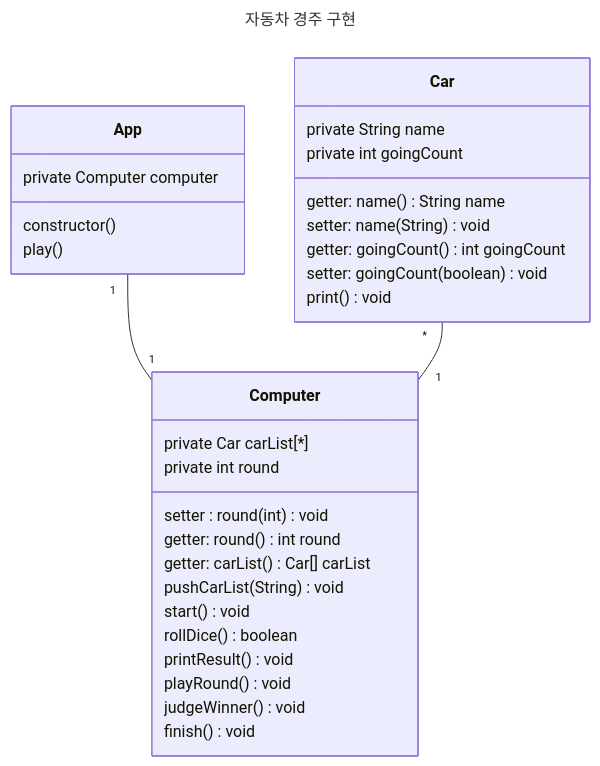
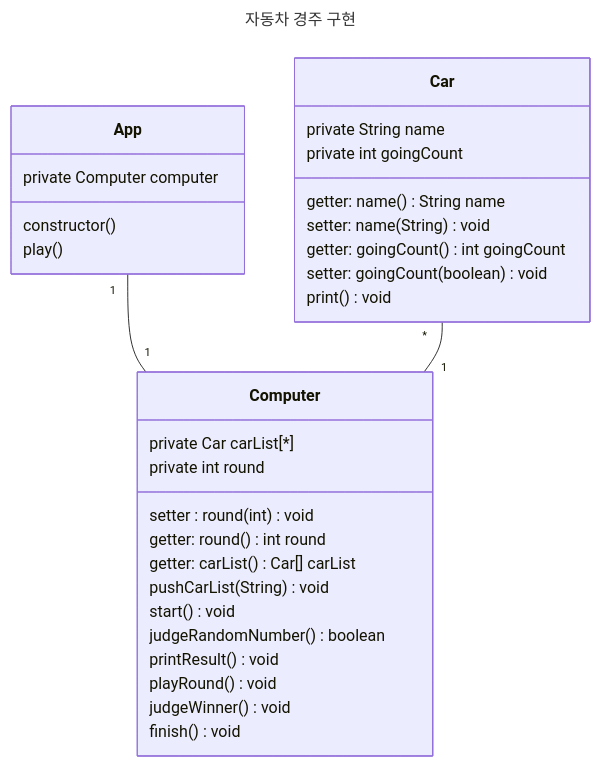
Before and after one commit to woowacourse-precourse/javascript-racingcar-6: the diagram in docs/README.md, drawn with Mermaid. The commit also changed other lines of this file, not shown here.

Commit message:
docs(README.md): check Section 4's 'judgeRandomNumber'

````diff
--- a/docs/README.md
+++ b/docs/README.md
@@ -48,36 +48,36 @@
 ```mermaid
 ---
 title: 자동차 경주 구현
 ---
 classDiagram
     class Car{
         private String name
         private int goingCount
         getter: name() String name
         setter: name(String) void
         getter: goingCount() int goingCount
         setter: goingCount(boolean) void
         print() void
     }
     class Computer{
         private Car carList[*]
         private int round
         setter : round(int) void
         getter: round() int round
         getter: carList() Car[] carList
         pushCarList(String) void
         start() void
-        rollDice() boolean
+        judgeRandomNumber() boolean
         printResult() void
         playRound() void
         judgeWinner() void
         finish() void
     }
     class App{
         private Computer computer
         constructor()
         play()
     }
     App "1"-- "1"Computer
     Car "*"--"1" Computer
 ```
````
